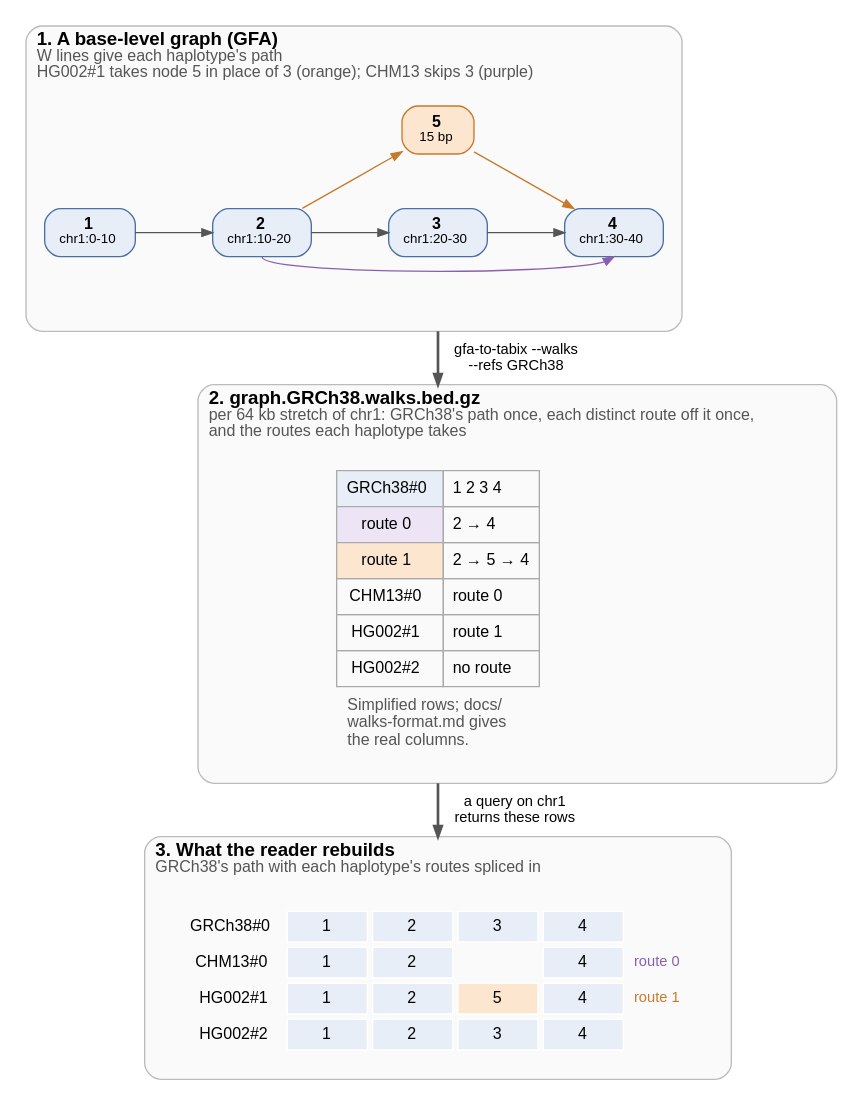
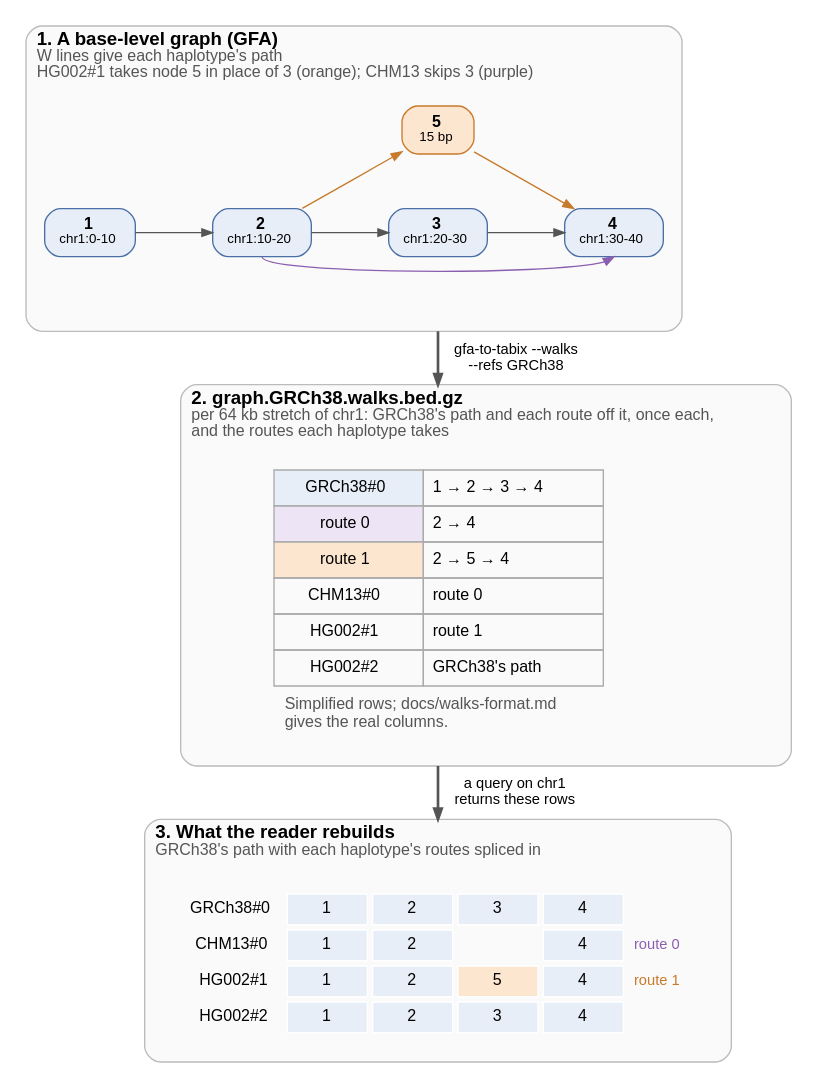
One commit to GMOD/gfa-to-tabix changed the diagram in docs/figures/walks.dot. Above: the diagram before and after it, drawn with Graphviz. The commit also changed 7 other files, not shown here.

```diff
--- a/docs/figures/walks.dot
+++ b/docs/figures/walks.dot
@@ -1,72 +1,72 @@
 // scripts/figures.py fills the marked rows from the tool's output and draws this figure
 digraph walks {
   bgcolor="white"
   fontname="Helvetica"
   newrank=true
   compound=true
   nodesep=0.4
   ranksep=0.55
   node [fontname="Helvetica", fontsize=12, shape=box, style="filled,rounded", fillcolor="#e8eef7", color="#4a6fa5", margin="0.15,0.06"]
   edge [fontname="Helvetica", fontsize=11, color="#555555", arrowsize=0.8]
 
   subgraph {
     graph [labeljust=l, fontsize=14, color="#bbbbbb", style="rounded,filled", fillcolor="#fafafa", margin=14]
 
     subgraph cluster_graph {
       label=<<B>1. A base-level graph (GFA)</B><BR ALIGN="LEFT"/><FONT POINT-SIZE="12" COLOR="#555555">W lines give each haplotype's path</FONT><BR ALIGN="LEFT"/><FONT POINT-SIZE="12" COLOR="#555555">HG002#1 takes node 5 in place of 3 (orange); CHM13 skips 3 (purple)</FONT><BR ALIGN="LEFT"/>>
       // begin graph
       n1 [label=<<B>1</B><BR/><FONT POINT-SIZE="10">chr1:0-10</FONT>>]
       n2 [label=<<B>2</B><BR/><FONT POINT-SIZE="10">chr1:10-20</FONT>>]
       n3 [label=<<B>3</B><BR/><FONT POINT-SIZE="10">chr1:20-30</FONT>>]
       n4 [label=<<B>4</B><BR/><FONT POINT-SIZE="10">chr1:30-40</FONT>>]
       n5 [label=<<B>5</B><BR/><FONT POINT-SIZE="10">15 bp</FONT>>, fillcolor="#fde6cf", color="#c77a2b"]
       {rank=same; n1; n2; n3; n4}
       n1 -> n2 [weight=20]
       n2 -> n3 [weight=20]
       n3 -> n4 [weight=20]
       n2 -> n5 [color="#c77a2b", constraint=false]
       n5 -> n4 [color="#c77a2b", constraint=false]
       n2:s -> n4:s [color="#8a5fb0", constraint=false]
       n5 -> n3 [style=invis, weight=20]
       nbelow [style=invis, label="", width=0, height=0]
       n3 -> nbelow [style=invis]
       // end graph
     }
 
     subgraph cluster_file {
       // begin label
-      label=<<B>2. graph.GRCh38.walks.bed.gz</B><BR ALIGN="LEFT"/><FONT POINT-SIZE="12" COLOR="#555555">per 64 kb stretch of chr1: GRCh38's path once, each distinct route off it once,</FONT><BR ALIGN="LEFT"/><FONT POINT-SIZE="12" COLOR="#555555">and the routes each haplotype takes</FONT><BR ALIGN="LEFT"/>>
+      label=<<B>2. graph.GRCh38.walks.bed.gz</B><BR ALIGN="LEFT"/><FONT POINT-SIZE="12" COLOR="#555555">per 64 kb stretch of chr1: GRCh38's path and each route off it, once each,</FONT><BR ALIGN="LEFT"/><FONT POINT-SIZE="12" COLOR="#555555">and the routes each haplotype takes</FONT><BR ALIGN="LEFT"/>>
       // end label
       rows [shape=plaintext, style="", label=<
         <TABLE BORDER="0" CELLBORDER="0" CELLSPACING="0" CELLPADDING="0"><TR><TD><TABLE BORDER="0" CELLBORDER="1" CELLSPACING="0" CELLPADDING="6" COLOR="#aaaaaa">
           <!-- begin rows -->
-          <TR><TD BGCOLOR="#e8eef7">GRCh38#0</TD><TD ALIGN="LEFT">1 2 3 4</TD></TR>
+          <TR><TD BGCOLOR="#e8eef7">GRCh38#0</TD><TD ALIGN="LEFT">1 → 2 → 3 → 4</TD></TR>
           <TR><TD BGCOLOR="#ede4f5">route 0</TD><TD ALIGN="LEFT">2 → 4</TD></TR>
           <TR><TD BGCOLOR="#fde6cf">route 1</TD><TD ALIGN="LEFT">2 → 5 → 4</TD></TR>
           <TR><TD>CHM13#0</TD><TD ALIGN="LEFT">route 0</TD></TR>
           <TR><TD>HG002#1</TD><TD ALIGN="LEFT">route 1</TD></TR>
-          <TR><TD>HG002#2</TD><TD ALIGN="LEFT">no route</TD></TR>
+          <TR><TD>HG002#2</TD><TD ALIGN="LEFT">GRCh38's path</TD></TR>
           <!-- end rows -->
         </TABLE></TD></TR>
-        <TR><TD CELLPADDING="8" ALIGN="LEFT" BALIGN="LEFT"><FONT POINT-SIZE="12" COLOR="#555555">Simplified rows; docs/<BR/>walks-format.md gives<BR/>the real columns.</FONT></TD></TR></TABLE>>]
+        <TR><TD CELLPADDING="8" ALIGN="LEFT" BALIGN="LEFT"><FONT POINT-SIZE="12" COLOR="#555555">Simplified rows; docs/walks-format.md<BR/>gives the real columns.</FONT></TD></TR></TABLE>>]
     }
 
     subgraph cluster_rebuilt {
       label=<<B>3. What the reader rebuilds</B><BR ALIGN="LEFT"/><FONT POINT-SIZE="12" COLOR="#555555">GRCh38's path with each haplotype's routes spliced in</FONT><BR ALIGN="LEFT"/>>
       rebuilt [shape=plaintext, style="", label=<
         <TABLE BORDER="0" CELLBORDER="1" CELLSPACING="4" CELLPADDING="4" COLOR="#ffffff">
           <!-- begin rebuilt -->
           <TR><TD BORDER="0" ALIGN="RIGHT">GRCh38#0</TD><TD WIDTH="60" BGCOLOR="#e8eef7">1</TD><TD WIDTH="60" BGCOLOR="#e8eef7">2</TD><TD WIDTH="60" BGCOLOR="#e8eef7">3</TD><TD WIDTH="60" BGCOLOR="#e8eef7">4</TD><TD BORDER="0" ALIGN="LEFT"></TD></TR>
           <TR><TD BORDER="0" ALIGN="RIGHT">CHM13#0</TD><TD BGCOLOR="#e8eef7">1</TD><TD BGCOLOR="#e8eef7">2</TD><TD BORDER="0"></TD><TD BGCOLOR="#e8eef7">4</TD><TD BORDER="0" ALIGN="LEFT"><FONT POINT-SIZE="11" COLOR="#8a5fb0">route 0</FONT></TD></TR>
           <TR><TD BORDER="0" ALIGN="RIGHT">HG002#1</TD><TD BGCOLOR="#e8eef7">1</TD><TD BGCOLOR="#e8eef7">2</TD><TD BGCOLOR="#fde6cf">5</TD><TD BGCOLOR="#e8eef7">4</TD><TD BORDER="0" ALIGN="LEFT"><FONT POINT-SIZE="11" COLOR="#c77a2b">route 1</FONT></TD></TR>
           <TR><TD BORDER="0" ALIGN="RIGHT">HG002#2</TD><TD BGCOLOR="#e8eef7">1</TD><TD BGCOLOR="#e8eef7">2</TD><TD BGCOLOR="#e8eef7">3</TD><TD BGCOLOR="#e8eef7">4</TD><TD BORDER="0" ALIGN="LEFT"></TD></TR>
           <!-- end rebuilt -->
         </TABLE>>]
     }
   }
 
   // begin arrows
   nbelow -> rows [ltail=cluster_graph, lhead=cluster_file, label="  gfa-to-tabix --walks\n  --refs GRCh38", penwidth=2]
   rows -> rebuilt [ltail=cluster_file, lhead=cluster_rebuilt, label="  a query on chr1\n  returns these rows", penwidth=2]
   // end arrows
 }
```
